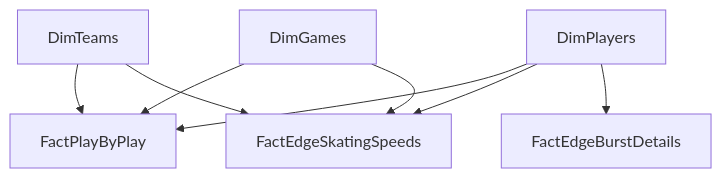
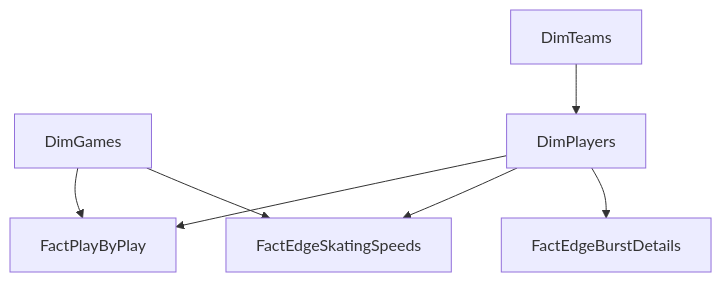
One commit to rpdouglas/NHL2026 changed the diagram in docs/SCHEMA_ARCHITECTURE.md. Above: the diagram before and after it, drawn with Mermaid. The commit also changed other lines of this file and 14 other files, not shown here.

First line of the commit message:
chore: sync documentation and finalize PROJ-03 schema architecture

````diff
--- a/docs/SCHEMA_ARCHITECTURE.md
+++ b/docs/SCHEMA_ARCHITECTURE.md
@@ -8,12 +9,11 @@
 ```mermaid
 graph TD
     DimGames --> FactPlayByPlay
-    DimTeams --> FactPlayByPlay
     DimPlayers --> FactPlayByPlay
     
-    DimTeams --> FactEdgeSkatingSpeeds
+    DimTeams --> DimPlayers
+    
     DimPlayers --> FactEdgeSkatingSpeeds
-    
     DimPlayers --> FactEdgeBurstDetails
     DimGames --> FactEdgeSkatingSpeeds
 ```
````
